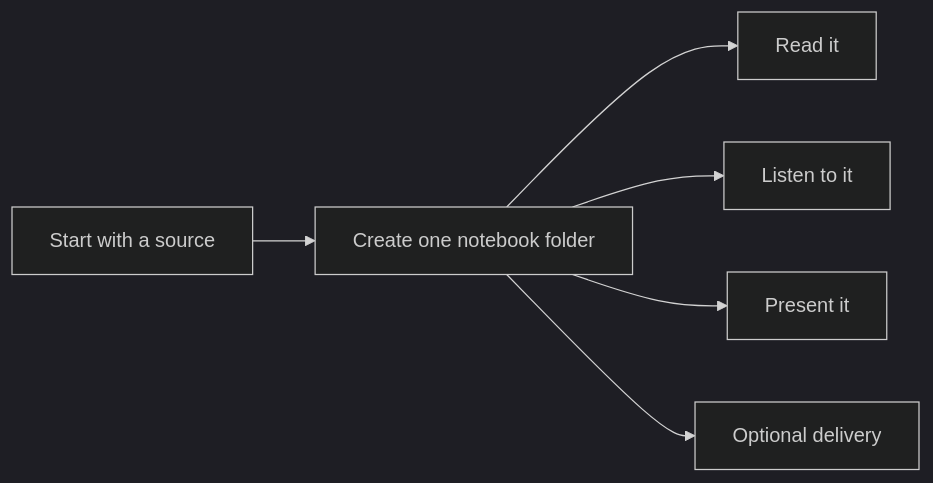
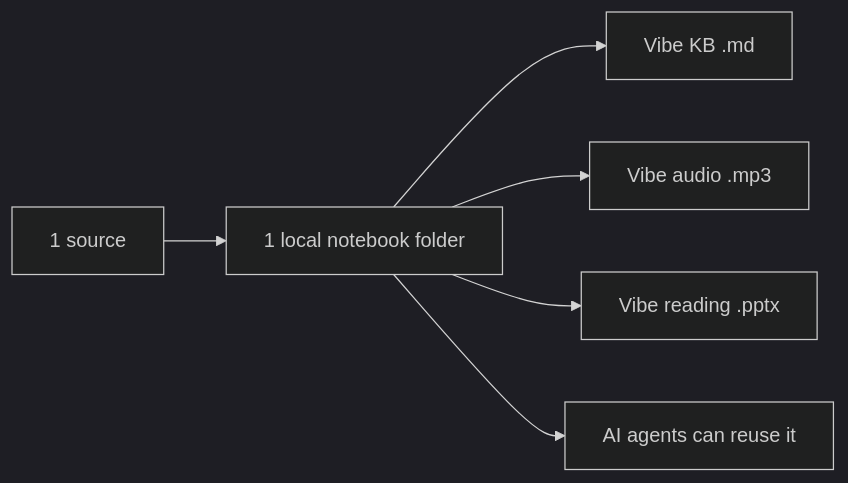
One commit to yumyumtum/yumnb changed the diagram in README.md. Above: the diagram before and after it, drawn with Mermaid (dark theme). The commit also changed other lines of this file, not shown here.

Commit message:
Emphasize vibe audio, vibe reading, and editable markdown

````diff
--- a/README.md
+++ b/README.md
@@ -13,8 +13,8 @@
 ```mermaid
 flowchart LR
-    A[Start with a source] --> B[Create one notebook folder]
-    B --> C[Read it]
-    B --> D[Listen to it]
-    B --> E[Present it]
-    B --> F[Optional delivery]
+    A[1 source] --> B[1 local notebook folder]
+    B --> C[Vibe KB .md]
+    B --> D[Vibe audio .mp3]
+    B --> E[Vibe reading .pptx]
+    B --> F[AI agents can reuse it]
 ```
````
